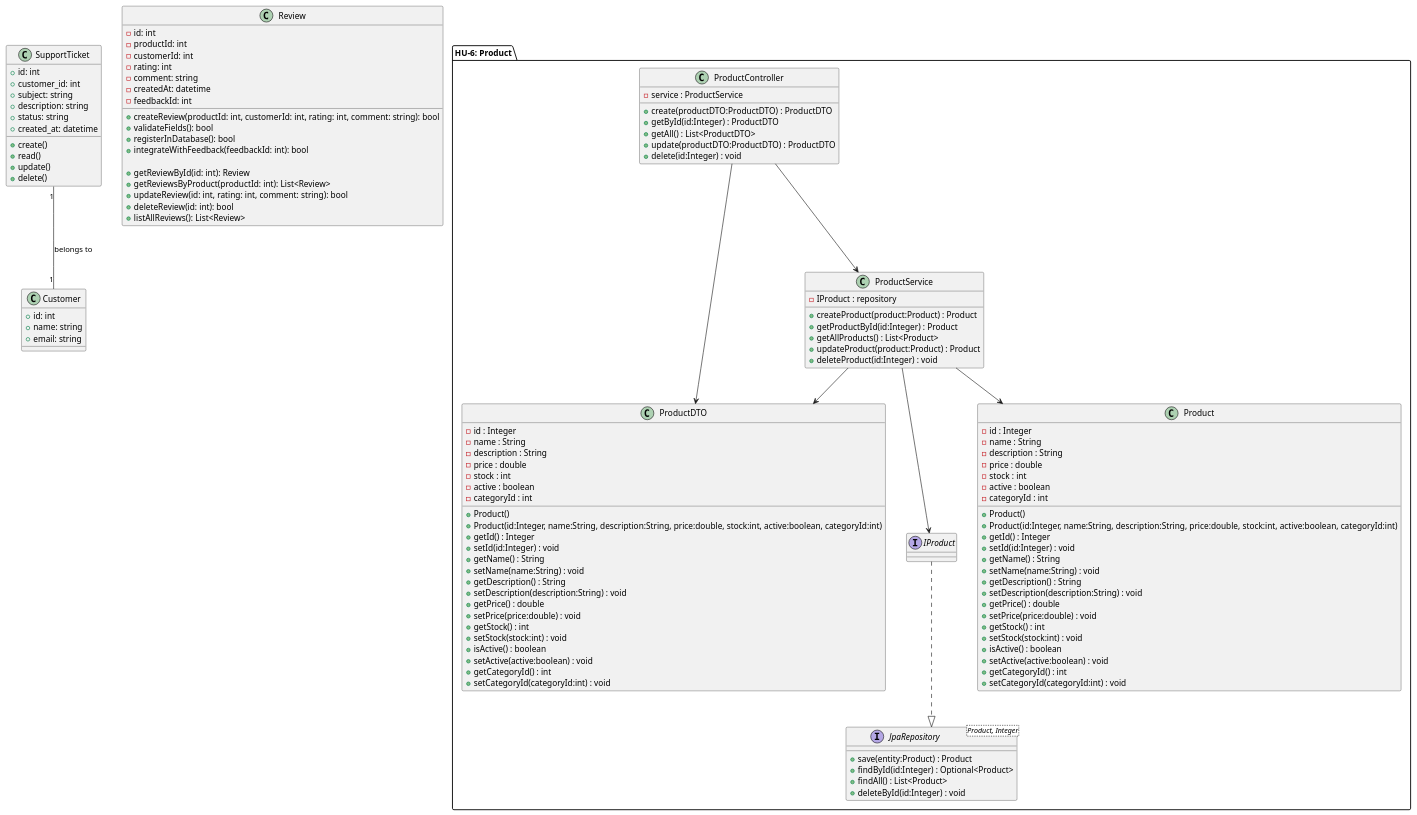
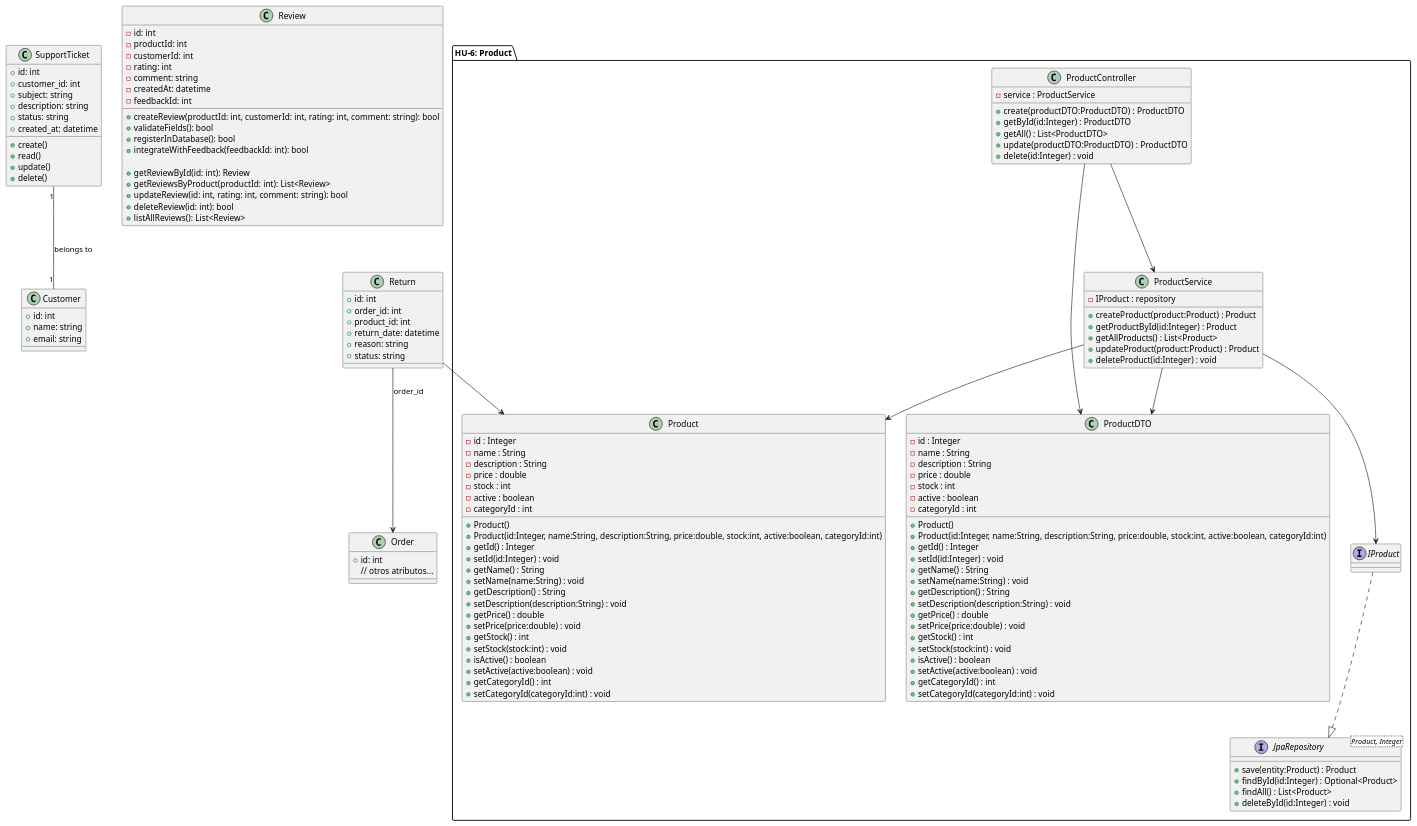
Before and after one commit to code-sena/laboratory-2899747: the diagram in document/architecture/class.wsd, drawn with PlantUML. The commit also changed 1 other file, not shown here.

Commit message:
docs: add class and use case diagrams for return

```diff
--- a/document/architecture/class.wsd
+++ b/document/architecture/class.wsd
@@ -1,142 +1,159 @@
 @startuml
 
 class SupportTicket {
   +id: int
   +customer_id: int
   +subject: string
   +description: string
   +status: string
   +created_at: datetime
 
   +create()
   +read()
   +update()
   +delete()
 }
 
 class Customer {
   +id: int
   +name: string
   +email: string
 }
 
 SupportTicket "1" -- "1" Customer : belongs to
-    class Review {
-    - id: int
-    - productId: int
-    - customerId: int
-    - rating: int
-    - comment: string
-    - createdAt: datetime
-    - feedbackId: int
+class Review {
+  - id: int
+  - productId: int
+  - customerId: int
+  - rating: int
+  - comment: string
+  - createdAt: datetime
+  - feedbackId: int
 
-    + createReview(productId: int, customerId: int, rating: int, comment: string): bool
-    + validateFields(): bool
-    + registerInDatabase(): bool
-    + integrateWithFeedback(feedbackId: int): bool
+  + createReview(productId: int, customerId: int, rating: int, comment: string): bool
+  + validateFields(): bool
+  + registerInDatabase(): bool
+  + integrateWithFeedback(feedbackId: int): bool
 
-    + getReviewById(id: int): Review
-    + getReviewsByProduct(productId: int): List<Review>
-    + updateReview(id: int, rating: int, comment: string): bool
-    + deleteReview(id: int): bool
-    + listAllReviews(): List<Review>
-    }
-
- package "HU-6: Product" {
-    class Product {
-  - id : Integer
-  - name : String
-  - description : String
-  - price : double
-  - stock : int
-  - active : boolean
-  - categoryId : int
-  
-  + Product()
-  + Product(id:Integer, name:String, description:String, price:double, stock:int, active:boolean, categoryId:int)
-  + getId() : Integer
-  + setId(id:Integer) : void
-  + getName() : String
-  + setName(name:String) : void
-  + getDescription() : String
-  + setDescription(description:String) : void
-  + getPrice() : double
-  + setPrice(price:double) : void
-  + getStock() : int
-  + setStock(stock:int) : void
-  + isActive() : boolean
-  + setActive(active:boolean) : void
-  + getCategoryId() : int
-  + setCategoryId(categoryId:int) : void
+  + getReviewById(id: int): Review
+  + getReviewsByProduct(productId: int): List<Review>
+  + updateReview(id: int, rating: int, comment: string): bool
+  + deleteReview(id: int): bool
+  + listAllReviews(): List<Review>
 }
 
-interface IProduct {
-}
+package "HU-6: Product" {
+  class Product {
+    - id : Integer
+    - name : String
+    - description : String
+    - price : double
+    - stock : int
+    - active : boolean
+    - categoryId : int
 
-interface JpaRepository<Product, Integer> {
-  + save(entity:Product) : Product
-  + findById(id:Integer) : Optional<Product>
-  + findAll() : List<Product>
-  + deleteById(id:Integer) : void
-}
-class ProductDTO {
+    + Product()
+    + Product(id:Integer, name:String, description:String, price:double, stock:int, active:boolean, categoryId:int)
+    + getId() : Integer
+    + setId(id:Integer) : void
+    + getName() : String
+    + setName(name:String) : void
+    + getDescription() : String
+    + setDescription(description:String) : void
+    + getPrice() : double
+    + setPrice(price:double) : void
+    + getStock() : int
+    + setStock(stock:int) : void
+    + isActive() : boolean
+    + setActive(active:boolean) : void
+    + getCategoryId() : int
+    + setCategoryId(categoryId:int) : void
+  }
 
-  - id : Integer
-  - name : String
-  - description : String
-  - price : double
-  - stock : int
-  - active : boolean
-  - categoryId : int
+  interface IProduct {
+  }
 
-  + Product()
-  + Product(id:Integer, name:String, description:String, price:double, stock:int, active:boolean, categoryId:int)
-  + getId() : Integer
-  + setId(id:Integer) : void
-  + getName() : String
-  + setName(name:String) : void
-  + getDescription() : String
-  + setDescription(description:String) : void
-  + getPrice() : double
-  + setPrice(price:double) : void
-  + getStock() : int
-  + setStock(stock:int) : void
-  + isActive() : boolean
-  + setActive(active:boolean) : void
-  + getCategoryId() : int
-  + setCategoryId(categoryId:int) : void
-  
-}
+  interface JpaRepository<Product, Integer> {
+    + save(entity:Product) : Product
+    + findById(id:Integer) : Optional<Product>
+    + findAll() : List<Product>
+    + deleteById(id:Integer) : void
+  }
+  class ProductDTO {
 
-class ProductService {
-  - IProduct : repository
+    - id : Integer
+    - name : String
+    - description : String
+    - price : double
+    - stock : int
+    - active : boolean
+    - categoryId : int
 
-  + createProduct(product:Product) : Product
-  + getProductById(id:Integer) : Product
-  + getAllProducts() : List<Product>
-  + updateProduct(product:Product) : Product
-  + deleteProduct(id:Integer) : void
+    + Product()
+    + Product(id:Integer, name:String, description:String, price:double, stock:int, active:boolean, categoryId:int)
+    + getId() : Integer
+    + setId(id:Integer) : void
+    + getName() : String
+    + setName(name:String) : void
+    + getDescription() : String
+    + setDescription(description:String) : void
+    + getPrice() : double
+    + setPrice(price:double) : void
+    + getStock() : int
+    + setStock(stock:int) : void
+    + isActive() : boolean
+    + setActive(active:boolean) : void
+    + getCategoryId() : int
+    + setCategoryId(categoryId:int) : void
 
-}
+  }
+
+  class ProductService {
+    - IProduct : repository
+
+    + createProduct(product:Product) : Product
+    + getProductById(id:Integer) : Product
+    + getAllProducts() : List<Product>
+    + updateProduct(product:Product) : Product
+    + deleteProduct(id:Integer) : void
+
+  }
 
   class ProductController {
     - service : ProductService
     + create(productDTO:ProductDTO) : ProductDTO
     + getById(id:Integer) : ProductDTO
     + getAll() : List<ProductDTO>
     + update(productDTO:ProductDTO) : ProductDTO
     + delete(id:Integer) : void
   }
 
 
   ' Relaciones
   IProduct ..|> JpaRepository
   ProductService --> IProduct
   ProductService --> ProductDTO
   ProductService --> Product
   ProductController --> ProductService
   ProductController --> ProductDTO
 
 }
 
+class Return {
+  +id: int
+  +order_id: int
+  +product_id: int
+  +return_date: datetime
+  +reason: string
+  +status: string
+}
+
+class Order {
+  +id: int
+  // otros atributos...
+}
+
+Return --> Order : order_id
+Return --> Product
+
 @enduml
```
